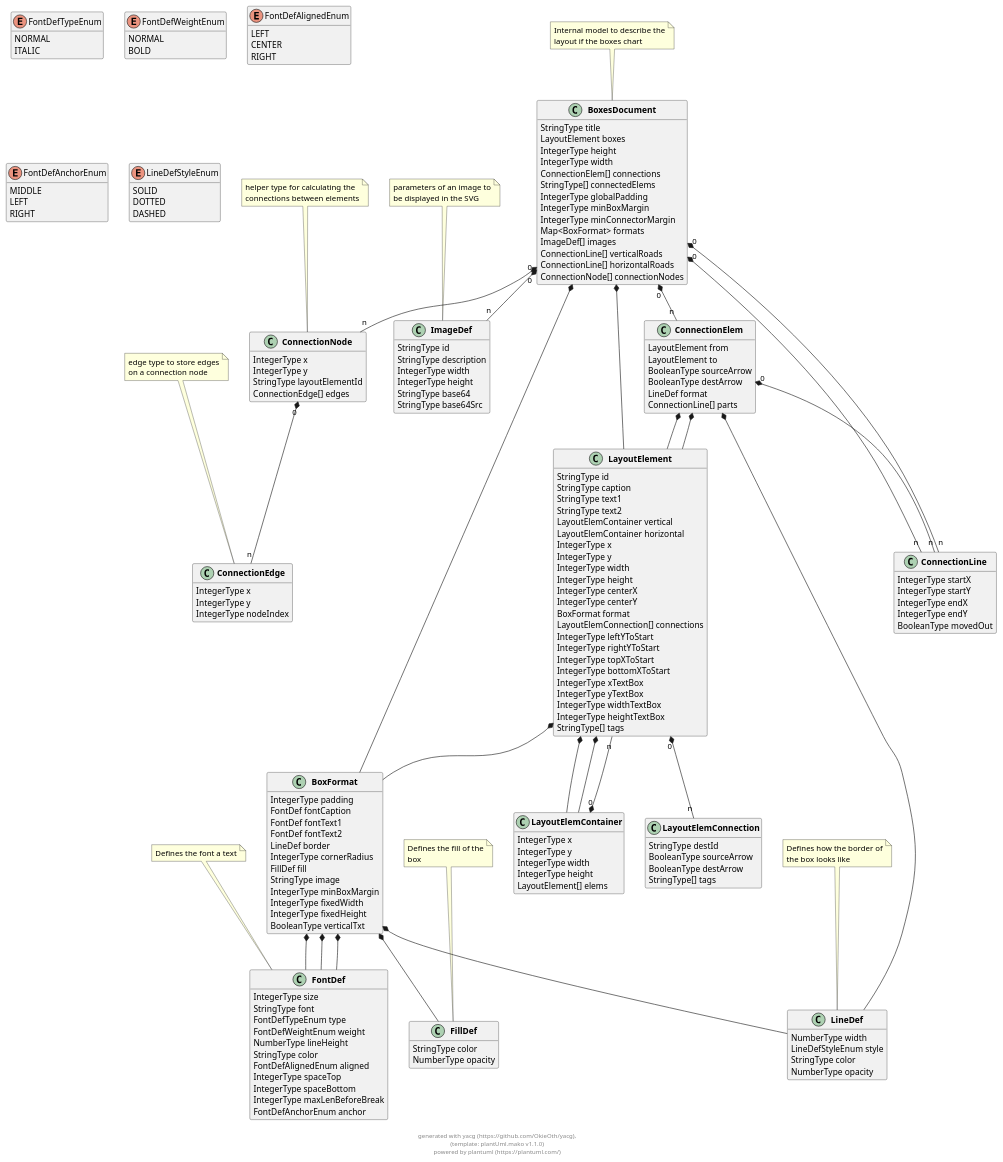
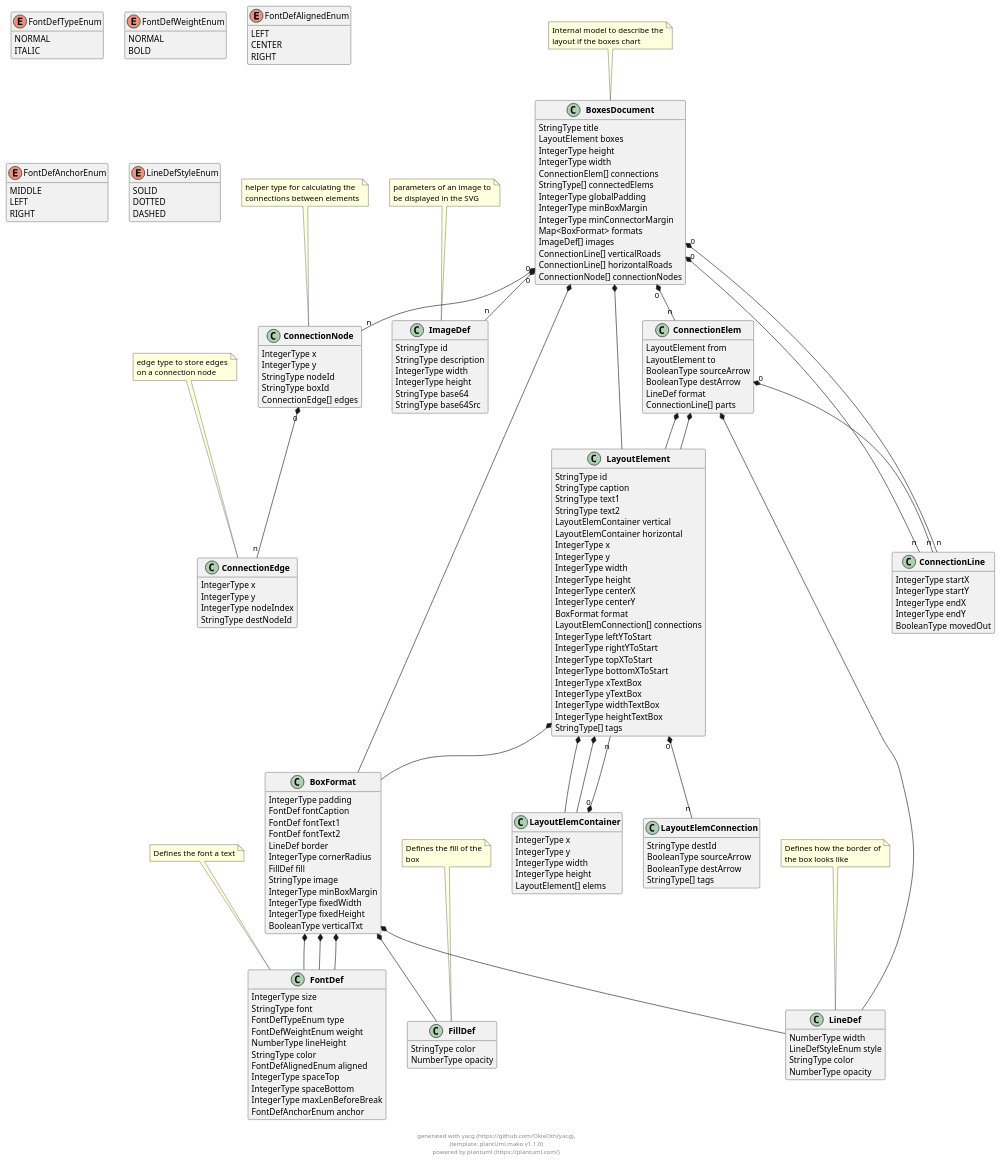
Before and after one commit to OkieOth/draw.chart.things: the diagram in docs/models/puml/boxes_document.puml, drawn with PlantUML. The commit also changed 5 other files, not shown here.

```diff
--- a/docs/models/puml/boxes_document.puml
+++ b/docs/models/puml/boxes_document.puml
@@ -94,7 +94,8 @@
 class "**ConnectionNode**" as ConnectionNode {
         IntegerType x
         IntegerType y
-        StringType layoutElementId
+        StringType nodeId
+        StringType boxId
         ConnectionEdge[] edges
 }
 note top: helper type for calculating the\nconnections between elements
@@ -124,6 +125,7 @@
         IntegerType x
         IntegerType y
         IntegerType nodeIndex
+        StringType destNodeId
 }
 note top: edge type to store edges\non a connection node
 
@@ -295,6 +297,7 @@
 
 
 
+
 ConnectionNode "0" *-- "n" ConnectionEdge
 
     
@@ -310,6 +313,7 @@
 
 
     
+
 
 
 
```
